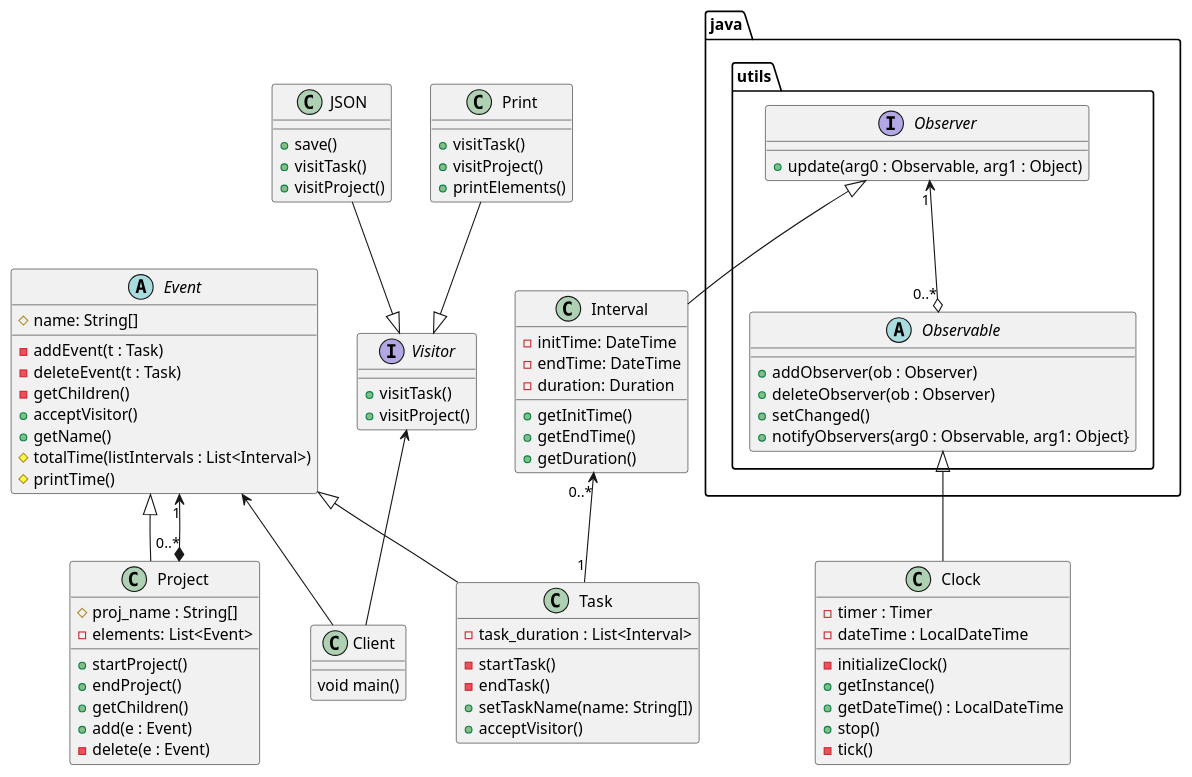
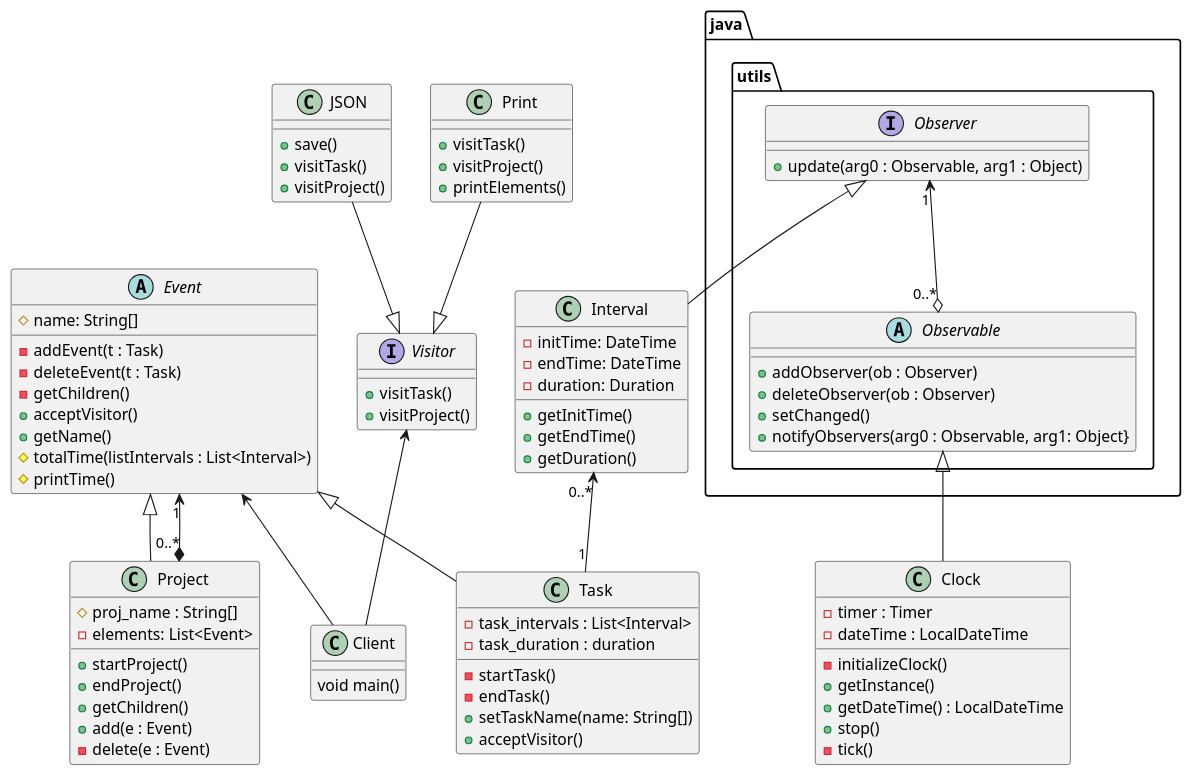
The diagram in Class_diag.puml (guillem-martinez/DS-Projecte), drawn with PlantUML before and after one commit. The commit also changed 4 other files, not shown here.

```diff
--- a/Class_diag.puml
+++ b/Class_diag.puml
@@ -1,102 +1,103 @@
 @startuml
 'https://plantuml.com/class-diagram
 
 
 class Project{
 # proj_name : String[]
 - elements: List<Event>
 + startProject()
 + endProject()
 + getChildren()
 + add(e : Event)
 - delete(e : Event)
 }
 
 class Task{
-- task_duration : List<Interval>
+- task_intervals : List<Interval>
+- task_duration : duration
 - startTask()
 - endTask()
 + setTaskName(name: String[])
 +acceptVisitor()
 }
 
 abstract Event{
 # name: String[]
 - addEvent(t : Task)
 - deleteEvent(t : Task)
 - getChildren()
 + acceptVisitor()
 + getName()
 # totalTime(listIntervals : List<Interval>)
 # printTime()
 }
 
 class Clock{
 - timer : Timer
 - dateTime : LocalDateTime
 - initializeClock()
 + getInstance()
 + getDateTime() : LocalDateTime
 + stop()
 - tick()
 }
 
 class Interval{
 - initTime: DateTime
 - endTime: DateTime
 - duration: Duration /'cada golpe de reloj incremento'/
 + getInitTime()
 + getEndTime()
 + getDuration()
 }
 
 interface Visitor{
 + visitTask()
 + visitProject()
 }
 
 class JSON{
 + save()
 + visitTask()
 + visitProject()
 }
 
 class Print{
 + visitTask()
 + visitProject()
 + printElements()
 }
 
 package "java.utils"{
 interface Observer{
 + update(arg0 : Observable, arg1 : Object)
 }
 
 abstract Observable{
 + addObserver(ob : Observer)
 + deleteObserver(ob : Observer)
 + setChanged()
 + notifyObservers(arg0 : Observable, arg1: Object}
 }
 }
 
 class Client{
 void main()
 }
 
 Event <|-- Task
 Event <|-- Project
 
 Event "1" <--* "0..*" Project
 Observable <|-- Clock
 Observer <|-- Interval
 Observer "1" <--o "0..*" Observable
 Interval "0..*" <--  "1" Task
 Event <-- Client
 JSON --|> Visitor
 Visitor <-- Client
 Print --|> Visitor
 
 
 
 @enduml
```
